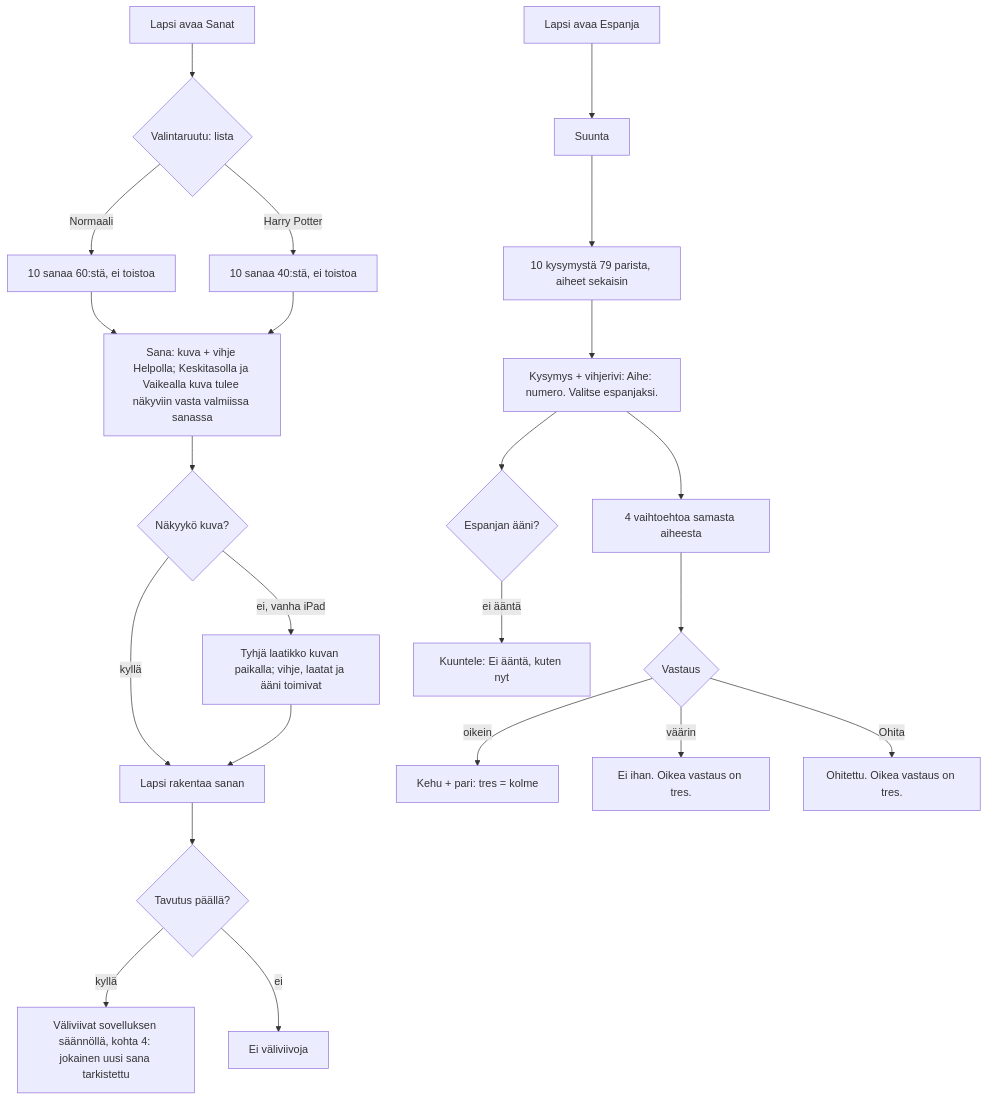
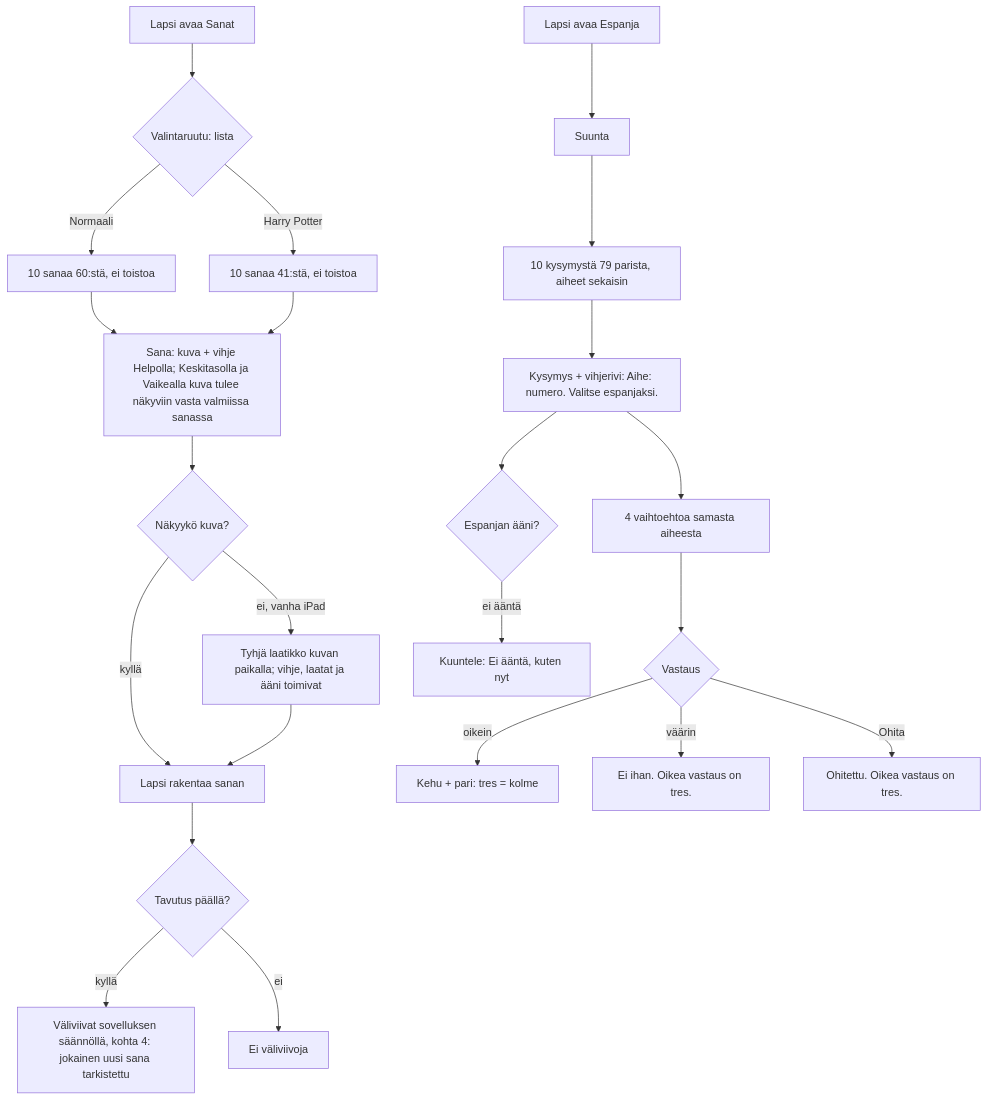
One commit to hakaotu/seikkailut changed the diagram in docs/design/sei-50.md. Above: the diagram before and after it, drawn with Mermaid. The commit also changed other lines of this file and 1 other file, not shown here.

````diff
--- a/docs/design/sei-50.md
+++ b/docs/design/sei-50.md
@@ -40,25 +46,25 @@
 ```mermaid
 flowchart TD
   S0[Lapsi avaa Sanat] --> S1{Valintaruutu: lista}
   S1 -- Normaali --> S2[10 sanaa 60:stä, ei toistoa]
-  S1 -- Harry Potter --> S3[10 sanaa 40:stä, ei toistoa]
+  S1 -- Harry Potter --> S3[10 sanaa 41:stä, ei toistoa]
   S2 --> S4[Sana: kuva + vihje Helpolla; Keskitasolla ja Vaikealla kuva tulee näkyviin vasta valmiissa sanassa]
   S3 --> S4
   S4 --> S5{Näkyykö kuva?}
   S5 -- kyllä --> S6[Lapsi rakentaa sanan]
   S5 -- ei, vanha iPad --> S7[Tyhjä laatikko kuvan paikalla; vihje, laatat ja ääni toimivat]
   S7 --> S6
   S6 --> S8{Tavutus päällä?}
   S8 -- kyllä --> S9[Väliviivat sovelluksen säännöllä, kohta 4: jokainen uusi sana tarkistettu]
   S8 -- ei --> S10[Ei väliviivoja]
 
   E0[Lapsi avaa Espanja] --> E1[Suunta] --> E2[10 kysymystä 79 parista, aiheet sekaisin]
   E2 --> E3[Kysymys + vihjerivi: Aihe: numero. Valitse espanjaksi.]
   E3 --> E4[4 vaihtoehtoa samasta aiheesta]
   E4 --> E5{Vastaus}
   E5 -- oikein --> E6[Kehu + pari: tres = kolme]
   E5 -- väärin --> E7[Ei ihan. Oikea vastaus on tres.]
   E5 -- Ohita --> E8[Ohitettu. Oikea vastaus on tres.]
   E3 --> E9{Espanjan ääni?}
   E9 -- ei ääntä --> E10[Kuuntele: Ei ääntä, kuten nyt]
 ```
````
